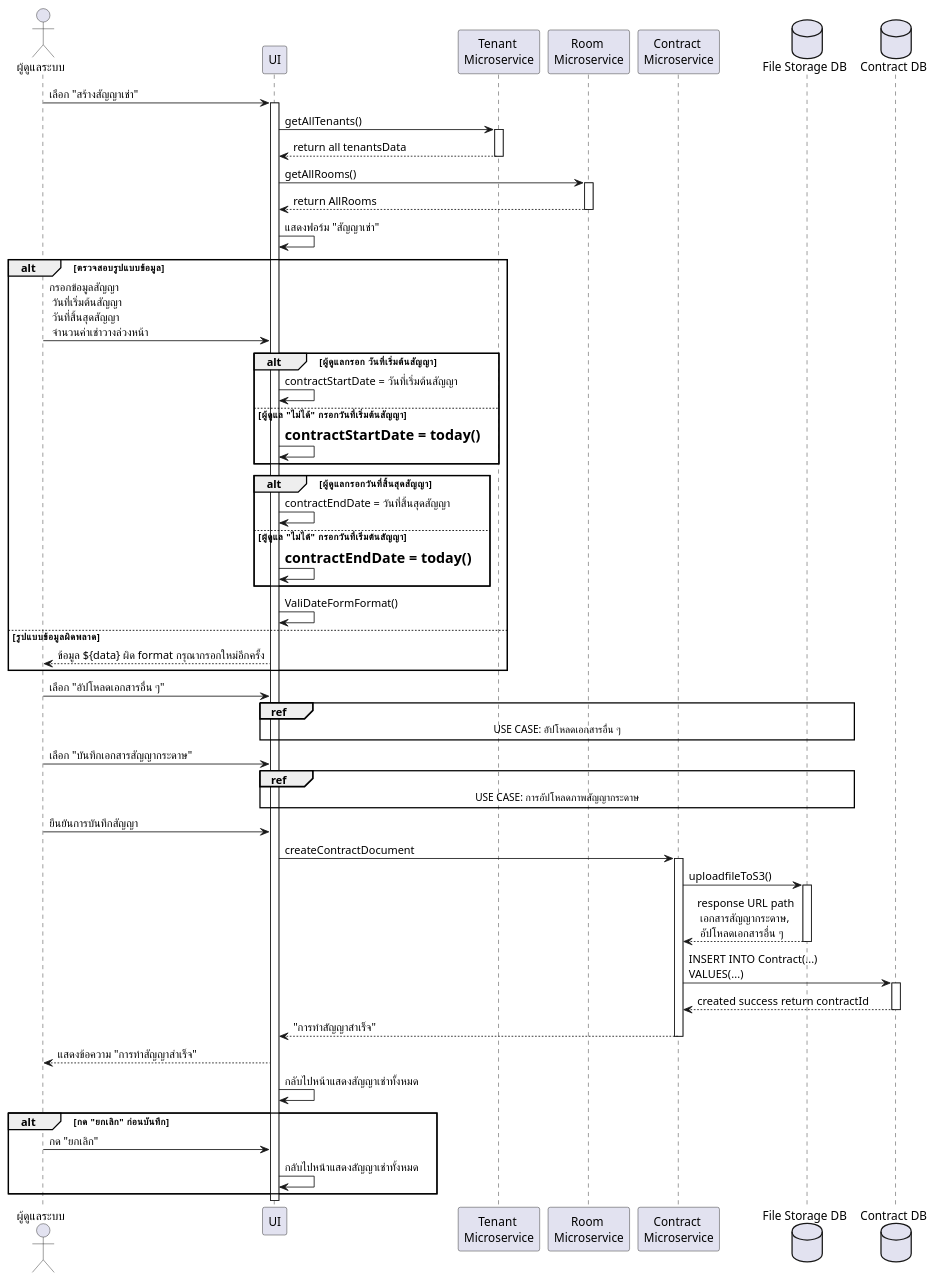
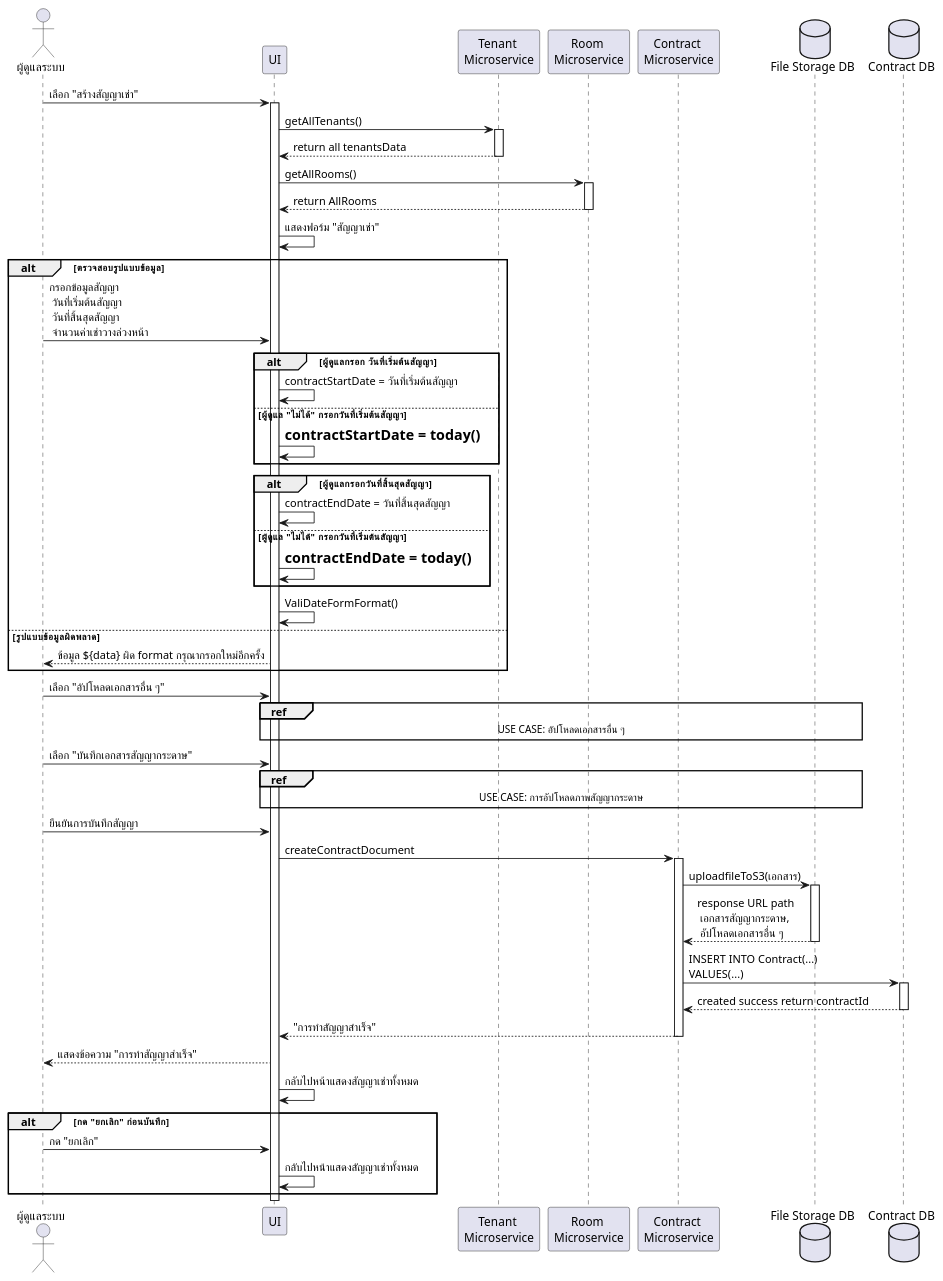
One commit to warinyang/UML-monthly-room-rent changed the diagram in usecase09_create_contract.plantuml. Above: the diagram before and after it, drawn with PlantUML.

```diff
--- a/usecase09_create_contract.plantuml
+++ b/usecase09_create_contract.plantuml
@@ -1,82 +1,82 @@
 @startuml
 skinparam defaultFontName "TH Sarabun New"
 
 actor "ผู้ดูแลระบบ" as Admin
 participant "UI" as UI
 participant "Tenant \nMicroservice" as TeMS
 participant "Room \nMicroservice" as RoMS
 
 participant "Contract \nMicroservice" as ConMS
 database "File Storage DB" as S3
 database "Contract DB" as DB
 
 Admin -> UI      : เลือก "สร้างสัญญาเช่า"
 activate UI
 
 
 UI -> TeMS         :  getAllTenants()
 activate TeMS
 TeMS-->UI:  return all tenantsData 
 deactivate TeMS
 
 
 UI -> RoMS         :  getAllRooms()
 activate RoMS
 RoMS --> UI        : return AllRooms
 deactivate RoMS
 
 
 UI -> UI         : แสดงฟอร์ม "สัญญาเช่า"
 alt ตรวจสอบรูปแบบข้อมูล
 Admin -> UI      : กรอกข้อมูลสัญญา\n วันที่เริ่มต้นสัญญา \n วันที่สิ้นสุดสัญญา \n จำนวนค่าเช่าวางล่วงหน้า
 
 alt ผู้ดูแลกรอก วันที่เริ่มต้นสัญญา
 UI -> UI         :  contractStartDate = วันที่เริ่มต้นสัญญา
 else ผู้ดูแล "ไม่ได้" กรอกวันที่เริ่มต้นสัญญา 
 UI -> UI         :  =contractStartDate = today()
 end
 
 alt ผู้ดูแลกรอกวันที่สิ้นสุดสัญญา
 UI -> UI         :  contractEndDate = วันที่สิ้นสุดสัญญา
 else ผู้ดูแล "ไม่ได้" กรอกวันที่เริ่มต้นสัญญา 
 UI -> UI         :  =contractEndDate = today()
 end
 
 UI -> UI  : ValiDateFormFormat()
 
 else รูปแบบข้อมูลผิดพลาด
 UI --> Admin: ข้อมูล ${data} ผิด format กรุณากรอกใหม่อีกครั้ง
 end
 Admin -> UI      : เลือก "อัปโหลดเอกสารอื่น ๆ"
 ref over UI, S3 : USE CASE: อัปโหลดเอกสารอื่น ๆ 
 
 Admin -> UI      : เลือก "บันทึกเอกสารสัญญากระดาษ"
 ref over UI, S3 : USE CASE: การอัปโหลดภาพสัญญากระดาษ
 
 Admin -> UI      : ยืนยันการบันทึกสัญญา
 
 UI -> ConMS         : createContractDocument
 activate ConMS
 
-ConMS -> S3: uploadfileToS3()
+ConMS -> S3: uploadfileToS3(เอกสาร)
 activate S3
 S3 --> ConMS: response URL path \n เอกสารสัญญากระดาษ, \n อัปโหลดเอกสารอื่น ๆ
 deactivate S3
 
 
 ConMS -> DB:  INSERT INTO Contract(...)\nVALUES(...)
 activate DB
 DB --> ConMS: created success return contractId
 deactivate DB
 ConMS --> UI        : "การทำสัญญาสำเร็จ"
 deactivate ConMS
 
 UI --> Admin    : แสดงข้อความ "การทำสัญญาสำเร็จ"
 UI -> UI         : กลับไปหน้าแสดงสัญญาเช่าทั้งหมด
 
 alt กด "ยกเลิก" ก่อนบันทึก
     Admin -> UI      : กด "ยกเลิก"
     UI -> UI         : กลับไปหน้าแสดงสัญญาเช่าทั้งหมด
 end
 
 @enduml
```
